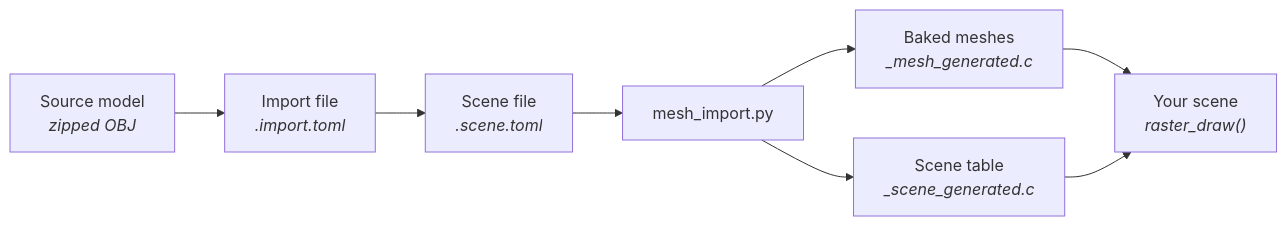
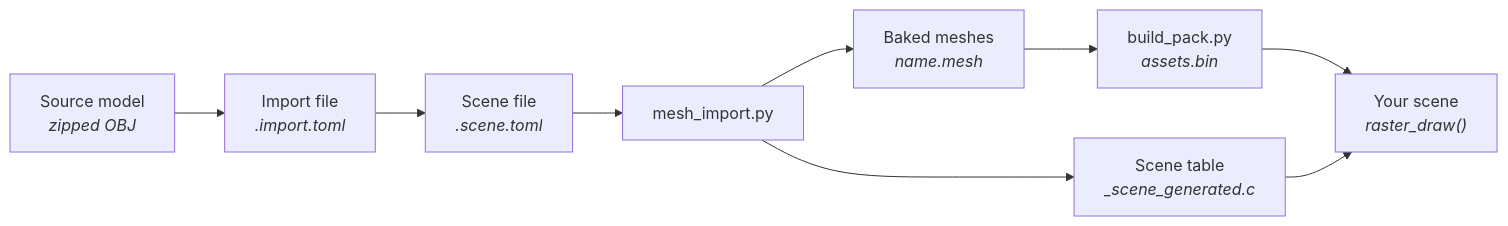
Before and after one commit to jose-villegas/autana: the diagram in docs/render/Building-a-Scene.md, drawn with Mermaid. The commit also changed other lines of this file and 66 other files, not shown here.

Commit message:
asset: an asset-pack partition read in place, with Sponza's meshes in it

````diff
--- a/docs/render/Building-a-Scene.md
+++ b/docs/render/Building-a-Scene.md
@@ -8,10 +8,11 @@
 ```mermaid
 flowchart LR
     Model["Source model<br/><i>zipped OBJ</i>"] --> Import["Import file<br/><i>.import.toml</i>"]
     Import --> Scene["Scene file<br/><i>.scene.toml</i>"]
     Scene --> Bake["mesh_import.py"]
-    Bake --> Meshes["Baked meshes<br/><i>_mesh_generated.c</i>"]
+    Bake --> Meshes["Baked meshes<br/><i>name.mesh</i>"]
+    Meshes --> Pack["build_pack.py<br/><i>assets.bin</i>"]
     Bake --> Table["Scene table<br/><i>_scene_generated.c</i>"]
-    Meshes --> Draw["Your scene<br/><i>raster_draw()</i>"]
+    Pack --> Draw["Your scene<br/><i>raster_draw()</i>"]
     Table --> Draw
 ```
````
